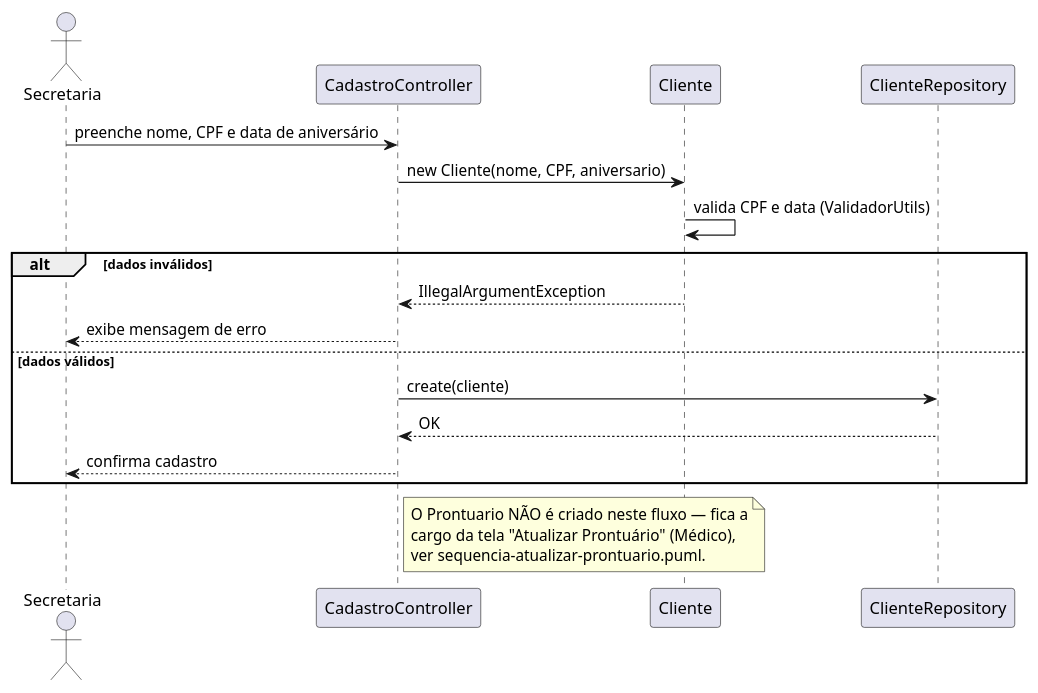
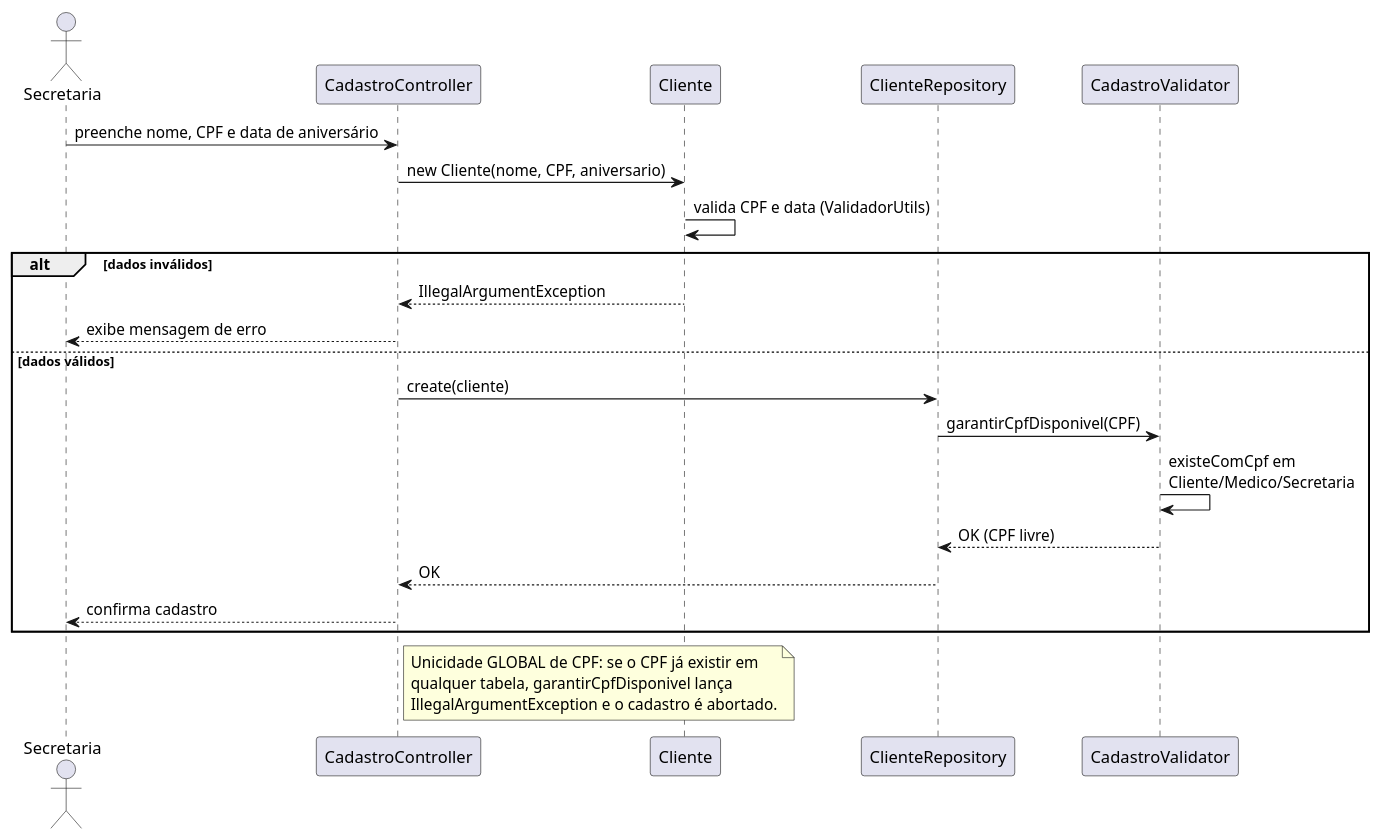
Before and after one commit to poo-ec-2026-1/g8: the diagram in docs/uml/sequencia-cadastro-paciente.puml, drawn with PlantUML. The commit also changed 5 other files, not shown here.

Commit message:
docs: regenera UML (CadastroValidator, mascaras, validacao de horario)

```diff
--- a/docs/uml/sequencia-cadastro-paciente.puml
+++ b/docs/uml/sequencia-cadastro-paciente.puml
@@ -1,29 +1,33 @@
 @startuml sequencia-cadastro-paciente
 
 ' Cadastrar Paciente (Secretaria) — com.poo.controller.CadastroController (aba Cliente)
 
 actor Secretaria
 participant "CadastroController" as CC
 participant "Cliente" as ClienteModel
 participant "ClienteRepository" as ClienteRepo
+participant "CadastroValidator" as Validator
 
 Secretaria -> CC : preenche nome, CPF e data de aniversário
 CC -> ClienteModel : new Cliente(nome, CPF, aniversario)
 ClienteModel -> ClienteModel : valida CPF e data (ValidadorUtils)
 
 alt dados inválidos
   ClienteModel --> CC : IllegalArgumentException
   CC --> Secretaria : exibe mensagem de erro
 else dados válidos
   CC -> ClienteRepo : create(cliente)
+  ClienteRepo -> Validator : garantirCpfDisponivel(CPF)
+  Validator -> Validator : existeComCpf em\nCliente/Medico/Secretaria
+  Validator --> ClienteRepo : OK (CPF livre)
   ClienteRepo --> CC : OK
   CC --> Secretaria : confirma cadastro
 end
 
 note right of CC
-  O Prontuario NÃO é criado neste fluxo — fica a
-  cargo da tela "Atualizar Prontuário" (Médico),
-  ver sequencia-atualizar-prontuario.puml.
+  Unicidade GLOBAL de CPF: se o CPF já existir em
+  qualquer tabela, garantirCpfDisponivel lança
+  IllegalArgumentException e o cadastro é abortado.
 end note
 
 @enduml
```
